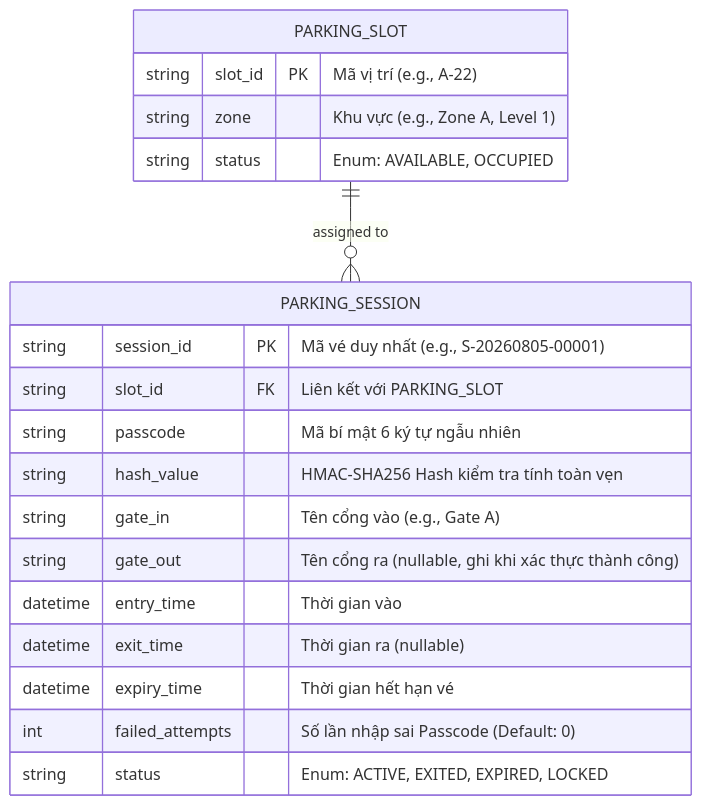
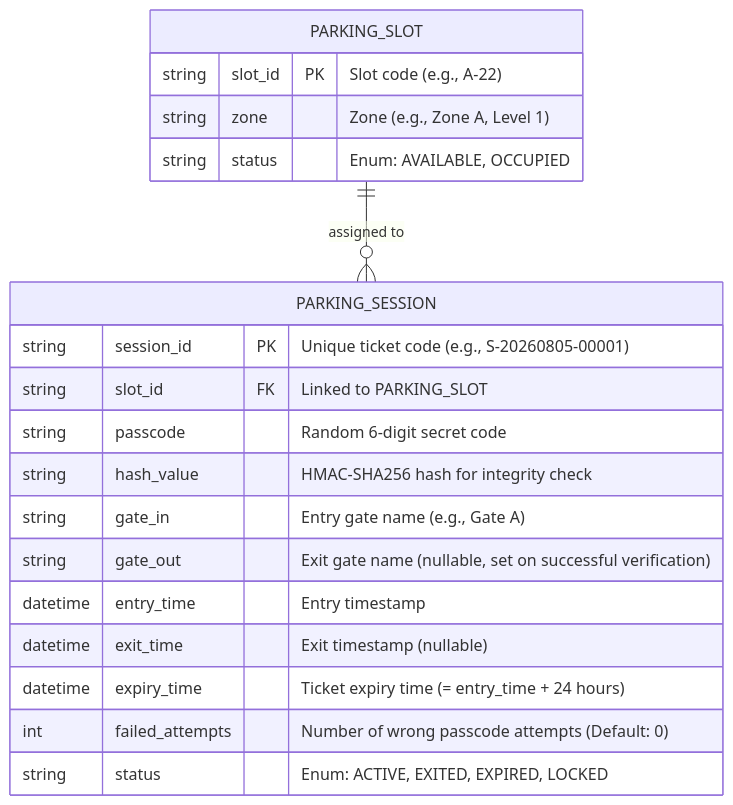
One commit to bvkjdbdbbd/hello changed the third of 3 diagrams in README.md. Above: the diagram before and after it, drawn with Mermaid. The commit also changed other lines of this file, not shown here.

````diff
--- a/README.md
+++ b/README.md
@@ -120,24 +120,24 @@
 ```mermaid
 erDiagram
     PARKING_SLOT ||--o{ PARKING_SESSION : "assigned to"
 
     PARKING_SLOT {
-        string slot_id PK "Mã vị trí (e.g., A-22)"
-        string zone "Khu vực (e.g., Zone A, Level 1)"
+        string slot_id PK "Slot code (e.g., A-22)"
+        string zone "Zone (e.g., Zone A, Level 1)"
         string status "Enum: AVAILABLE, OCCUPIED"
     }
 
     PARKING_SESSION {
-        string session_id PK "Mã vé duy nhất (e.g., S-20260805-00001)"
-        string slot_id FK "Liên kết với PARKING_SLOT"
-        string passcode "Mã bí mật 6 ký tự ngẫu nhiên"
-        string hash_value "HMAC-SHA256 Hash kiểm tra tính toàn vẹn"
-        string gate_in "Tên cổng vào (e.g., Gate A)"
-        string gate_out "Tên cổng ra (nullable, ghi khi xác thực thành công)"
-        datetime entry_time "Thời gian vào"
-        datetime exit_time "Thời gian ra (nullable)"
-        datetime expiry_time "Thời gian hết hạn vé"
-        int failed_attempts "Số lần nhập sai Passcode (Default: 0)"
+        string session_id PK "Unique ticket code (e.g., S-20260805-00001)"
+        string slot_id FK "Linked to PARKING_SLOT"
+        string passcode "Random 6-digit secret code"
+        string hash_value "HMAC-SHA256 hash for integrity check"
+        string gate_in "Entry gate name (e.g., Gate A)"
+        string gate_out "Exit gate name (nullable, set on successful verification)"
+        datetime entry_time "Entry timestamp"
+        datetime exit_time "Exit timestamp (nullable)"
+        datetime expiry_time "Ticket expiry time (= entry_time + 24 hours)"
+        int failed_attempts "Number of wrong passcode attempts (Default: 0)"
         string status "Enum: ACTIVE, EXITED, EXPIRED, LOCKED"
     }
 ```
````
